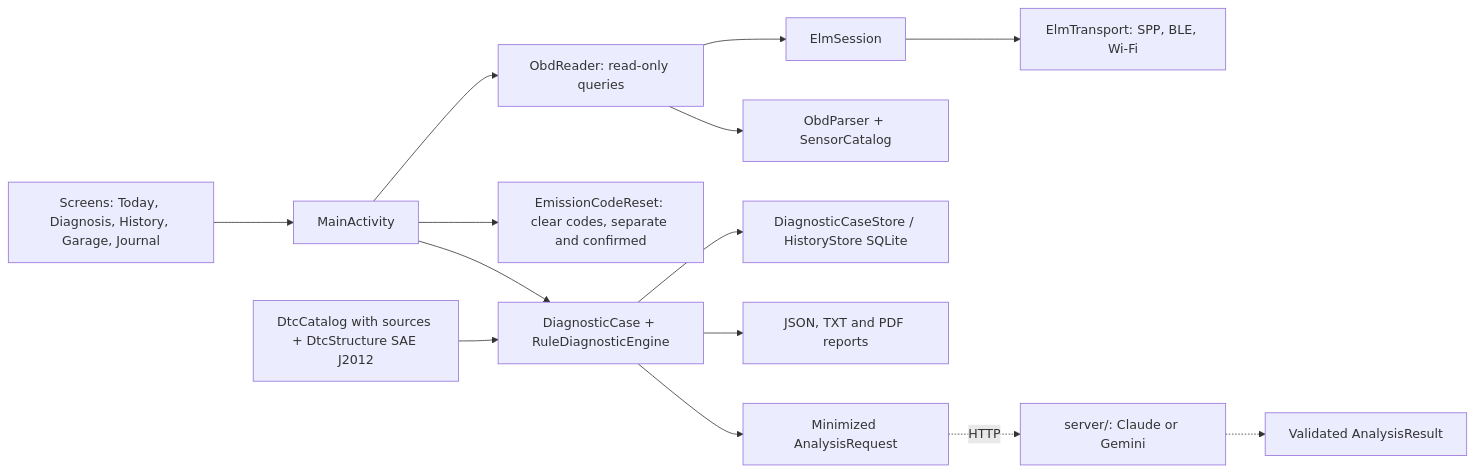
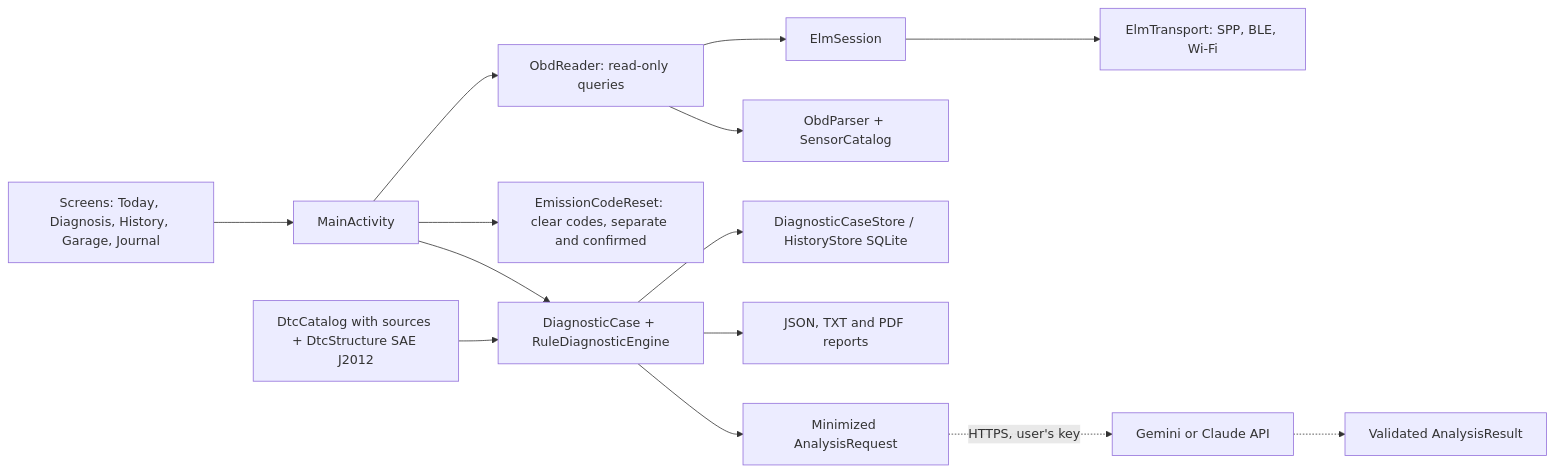
One commit to YagoBorba/BorbaCarLabs changed the diagram in README.md. Above: the diagram before and after it, drawn with Mermaid. The commit also changed other lines of this file and 12 other files, not shown here.

````diff
--- a/README.md
+++ b/README.md
@@ -110,14 +113,14 @@
 ```mermaid
 flowchart LR
     UI[Screens: Today, Diagnosis, History, Garage, Journal] --> MA[MainActivity]
     MA --> OR[ObdReader: read-only queries]
     MA --> EC[EmissionCodeReset: clear codes, separate and confirmed]
     OR --> ES[ElmSession] --> T[ElmTransport: SPP, BLE, Wi-Fi]
     OR --> P[ObdParser + SensorCatalog]
     MA --> DC[DiagnosticCase + RuleDiagnosticEngine]
     K[DtcCatalog with sources + DtcStructure SAE J2012] --> DC
     DC --> H[DiagnosticCaseStore / HistoryStore SQLite]
     DC --> R[JSON, TXT and PDF reports]
-    DC --> AR[Minimized AnalysisRequest] -.HTTP.-> S[server/: Claude or Gemini]
+    DC --> AR[Minimized AnalysisRequest] -.HTTPS, user's key.-> S[Gemini or Claude API]
     S -.-> AV[Validated AnalysisResult]
 ```
````
